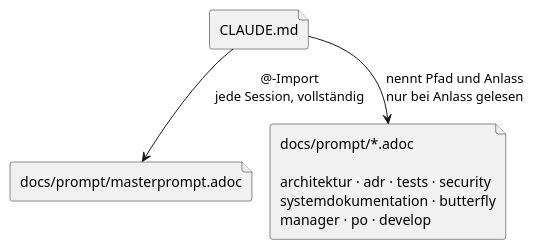
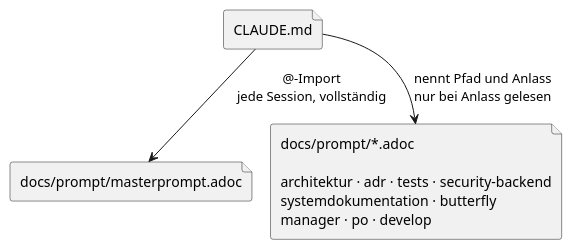
One commit to Keymaster65/hello-ai changed the diagram in docs/system/arbeitsgrundlage.adoc. Above: the diagram before and after it, drawn with PlantUML. The commit also changed other lines of this file and 10 other files, not shown here.

First line of the commit message:
Benenne den Security-Skill in security-backend um

```diff
--- a/docs/system/arbeitsgrundlage.adoc
+++ b/docs/system/arbeitsgrundlage.adoc
@@ -137,15 +138,15 @@
 [plantuml,ladeweg,svg]
 ....
 @startuml
 !pragma layout smetana
 skinparam shadowing false
 skinparam componentStyle rectangle
 
 file "CLAUDE.md" as claude
 file "docs/prompt/masterprompt.adoc" as master
-file "docs/prompt/*.adoc\n\narchitektur · adr · tests · security\nsystemdokumentation · butterfly\nmanager · po · develop" as skills
+file "docs/prompt/*.adoc\n\narchitektur · adr · tests · security-backend\nsystemdokumentation · butterfly\nmanager · po · develop" as skills
 
 claude --> master : @-Import\njede Session, vollständig
 claude --> skills : nennt Pfad und Anlass\nnur bei Anlass gelesen
 @enduml
 ....
```
